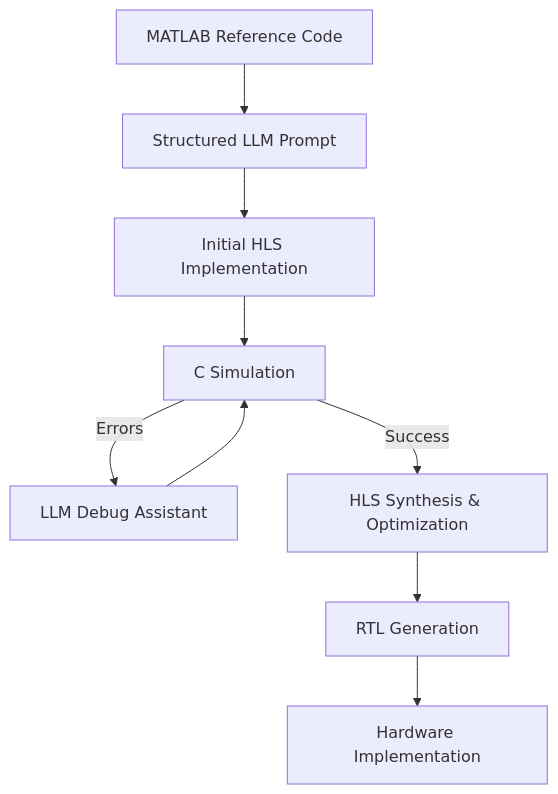
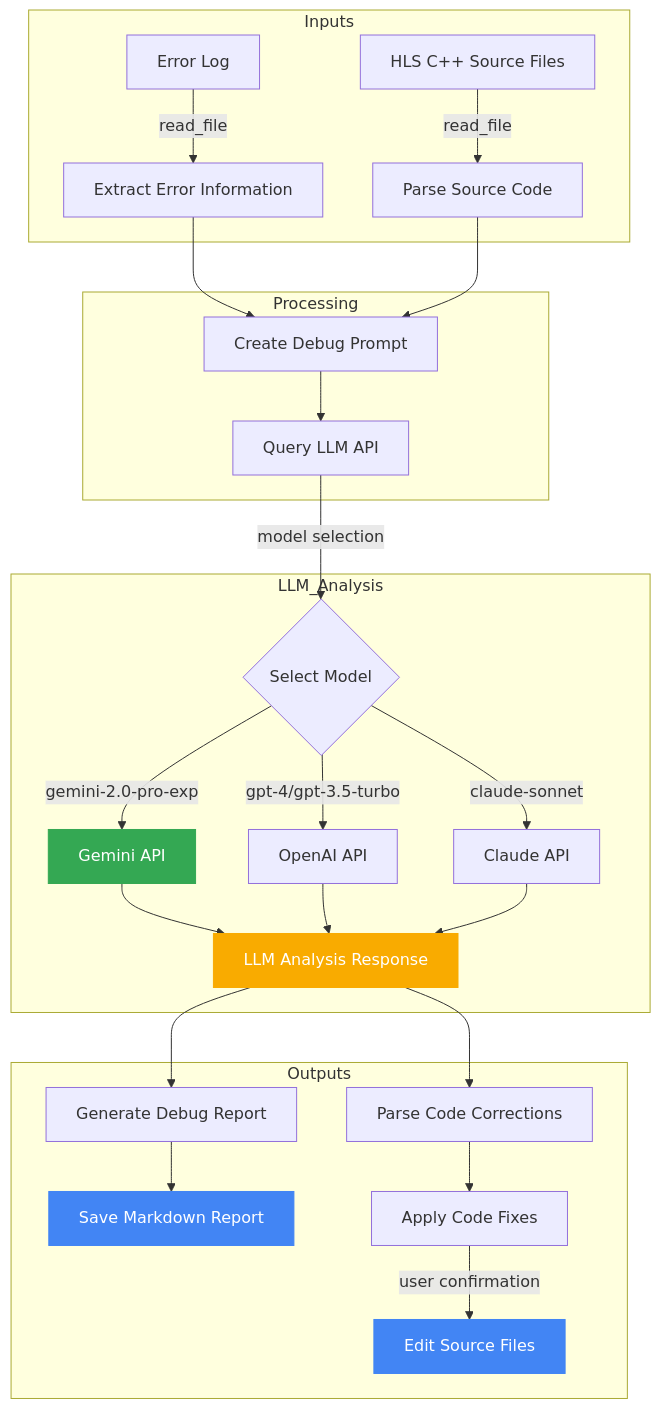
Before and after one commit to rockyco/llm-fpga-design: the second of 2 diagrams in readme.md, drawn with Mermaid. The commit also changed other lines of this file, not shown here.

````diff
--- a/readme.md
+++ b/readme.md
@@ -33,11 +148,37 @@
 ```mermaid
 graph TD
-    A[MATLAB Reference Code] --> B[Structured LLM Prompt]
-    B --> C[Initial HLS Implementation]
-    C --> D[C Simulation]
-    D -->|Errors| E[LLM Debug Assistant]
-    E --> D
-    D -->|Success| F[HLS Synthesis & Optimization]
-    F --> G[RTL Generation]
-    G --> H[Hardware Implementation]
+    subgraph Inputs
+        A[Error Log] -->|read_file| C
+        B[HLS C++ Source Files] -->|read_file| D
+    end
+
+    subgraph Processing
+        C[Extract Error Information] --> E
+        D[Parse Source Code] --> E
+        E[Create Debug Prompt] --> F
+    end
+
+    subgraph LLM_Analysis
+        F[Query LLM API] -->|model selection| G{Select Model}
+        G -->|gemini-2.0-pro-exp| H[Gemini API]
+        G -->|gpt-4/gpt-3.5-turbo| I[OpenAI API]
+        G -->|claude-sonnet| J[Claude API]
+        H --> K[LLM Analysis Response]
+        I --> K
+        J --> K
+    end
+
+    subgraph Outputs
+        K --> L[Generate Debug Report]
+        K --> M[Parse Code Corrections]
+        
+        L --> N[Save Markdown Report]
+        M --> O[Apply Code Fixes]
+        O -->|user confirmation| P[Edit Source Files]
+    end
+
+    style H fill:#34A853,stroke:#34A853,color:white
+    style K fill:#F9AB00,stroke:#F9AB00,color:white
+    style P fill:#4285F4,stroke:#4285F4,color:white
+    style N fill:#4285F4,stroke:#4285F4,color:white
 ```
````
